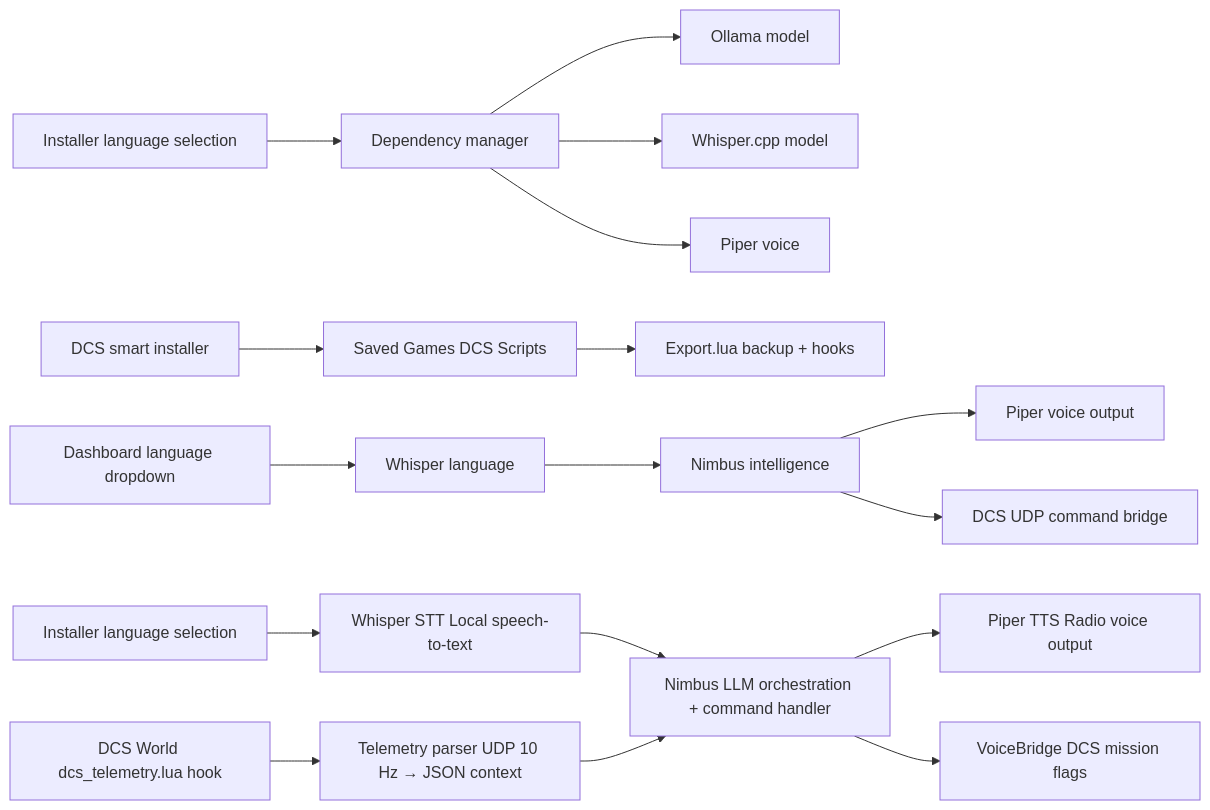
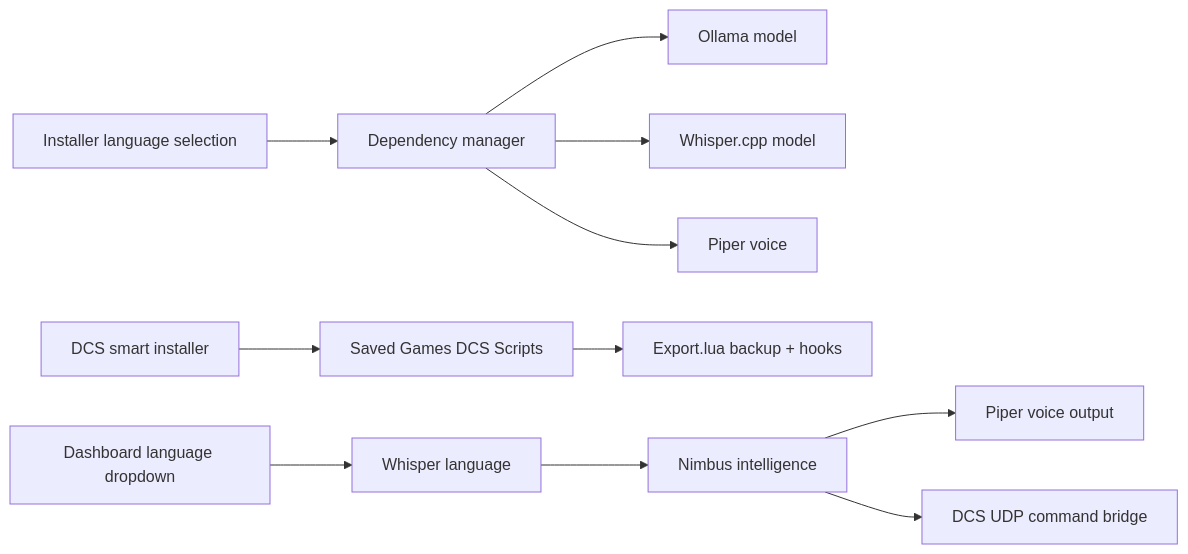
Before and after one commit to sharRahul/voice-comms-dcs: the first of 2 diagrams in README.md, drawn with Mermaid. The commit also changed other lines of this file, not shown here.

Commit message:
Document runtime architecture and harden Nimbus LLM fallback

````diff
--- a/README.md
+++ b/README.md
@@ -5,17 +5,13 @@
 ```mermaid
 flowchart LR
     A[Installer language selection] --> B[Dependency manager]
     B --> C[Ollama model]
     B --> D[Whisper.cpp model]
     B --> E[Piper voice]
     F[DCS smart installer] --> G[Saved Games DCS Scripts]
     G --> H[Export.lua backup + hooks]
     I[Dashboard language dropdown] --> J[Whisper language]
     J --> K[Nimbus intelligence]
     K --> L[Piper voice output]
     K --> M[DCS UDP command bridge]
-
-
-	S[Installer language selection] --> T[Whisper STT Local speech-to-text] --> N[Nimbus LLM orchestration + command handler] --> O[Piper TTS Radio voice output]
-	P[DCS World dcs_telemetry.lua hook] --> Q[Telemetry parser UDP 10 Hz → JSON context] --> N[Nimbus LLM orchestration + command handler] --> R[VoiceBridge DCS mission flags]
 ```
````
